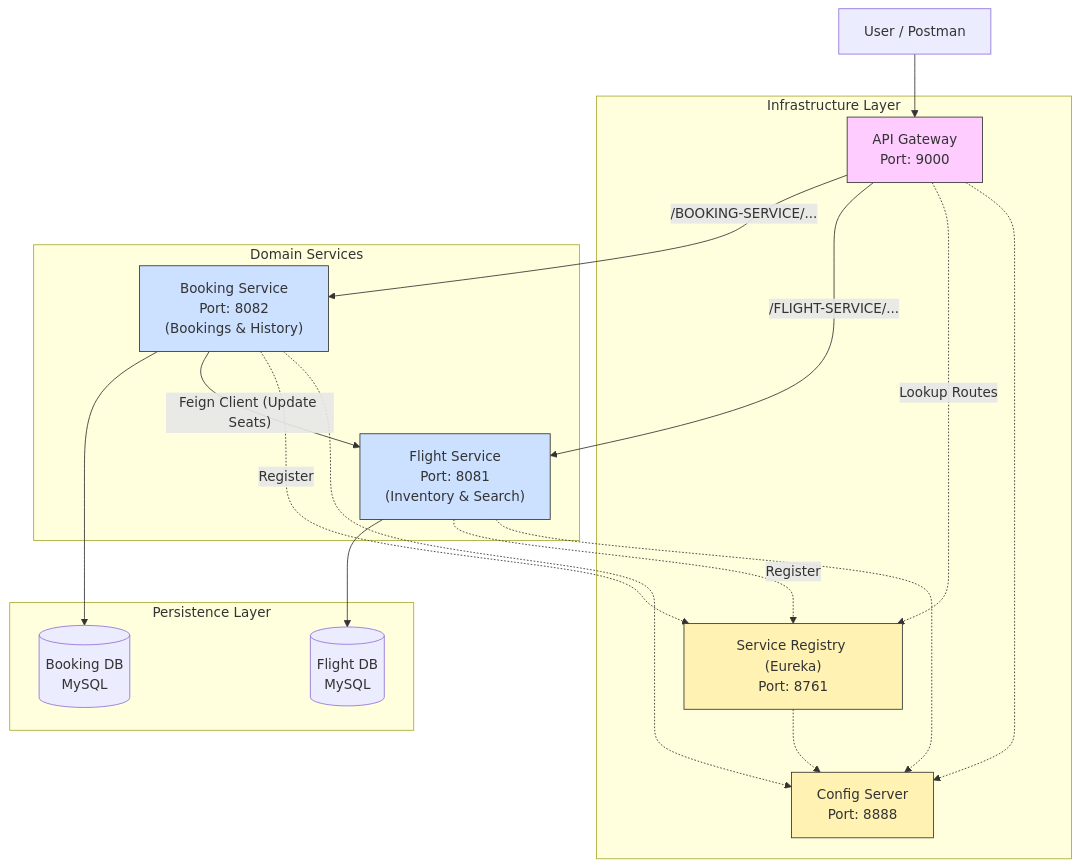
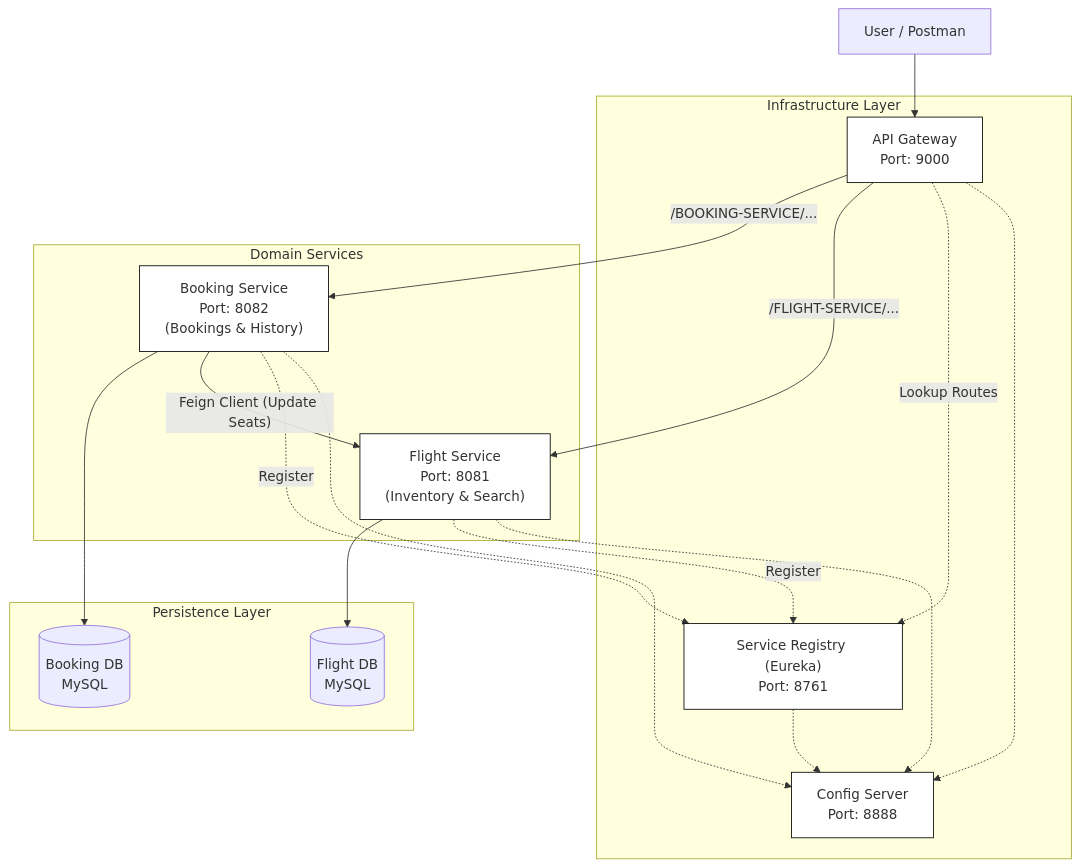
Before and after one commit to tanmaydhelia/Microservice-flight-app: the diagram in README.md, drawn with Mermaid.

Commit message:
Change service styles to use white fill and black stroke
Updated styles in the README for various services.

````diff
--- a/README.md
+++ b/README.md
@@ -33,45 +33,46 @@
 ```mermaid
 graph TD
     User["User / Postman"]
 
     subgraph Infrastructure ["Infrastructure Layer"]
         GW["API Gateway<br/>Port: 9000"]
         Eureka["Service Registry (Eureka)<br/>Port: 8761"]
         Config["Config Server<br/>Port: 8888"]
     end
 
     subgraph Services ["Domain Services"]
         FlightSvc["Flight Service<br/>Port: 8081<br/>(Inventory & Search)"]
         BookingSvc["Booking Service<br/>Port: 8082<br/>(Bookings & History)"]
     end
 
     subgraph Persistence ["Persistence Layer"]
         FlightDB[("Flight DB<br/>MySQL")]
         BookingDB[("Booking DB<br/>MySQL")]
     end
 
     User --> GW
 
     GW -.-> Config
     FlightSvc -.-> Config
     BookingSvc -.-> Config
     Eureka -.-> Config
 
     FlightSvc -. "Register" .-> Eureka
     BookingSvc -. "Register" .-> Eureka
     GW -. "Lookup Routes" .-> Eureka
 
     GW -->|"/FLIGHT-SERVICE/..."| FlightSvc
     GW -->|"/BOOKING-SERVICE/..."| BookingSvc
 
     BookingSvc -->|"Feign Client (Update Seats)"| FlightSvc
 
     FlightSvc --> FlightDB
     BookingSvc --> BookingDB
 
-    style GW fill:#ffccff,stroke:#333,stroke-width:1px
-    style FlightSvc fill:#cce0ff,stroke:#333,stroke-width:1px
-    style BookingSvc fill:#cce0ff,stroke:#333,stroke-width:1px
-    style Config fill:#fff2b3,stroke:#333,stroke-width:1px
-    style Eureka fill:#fff2b3,stroke:#333,stroke-width:1px
+    style GW fill:#ffffff,stroke:#000000,stroke-width:1px
+    style FlightSvc fill:#ffffff,stroke:#000000,stroke-width:1px
+    style BookingSvc fill:#ffffff,stroke:#000000,stroke-width:1px
+    style Config fill:#ffffff,stroke:#000000,stroke-width:1px
+    style Eureka fill:#ffffff,stroke:#000000,stroke-width:1px
+
 ```
````
